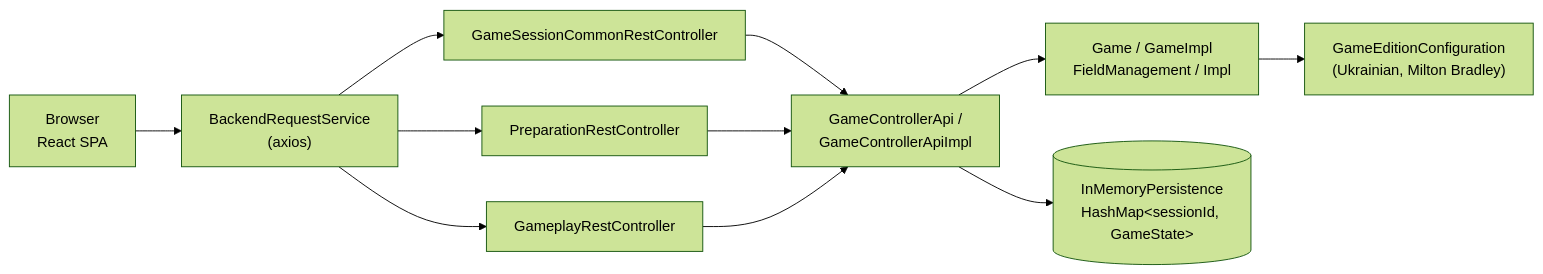
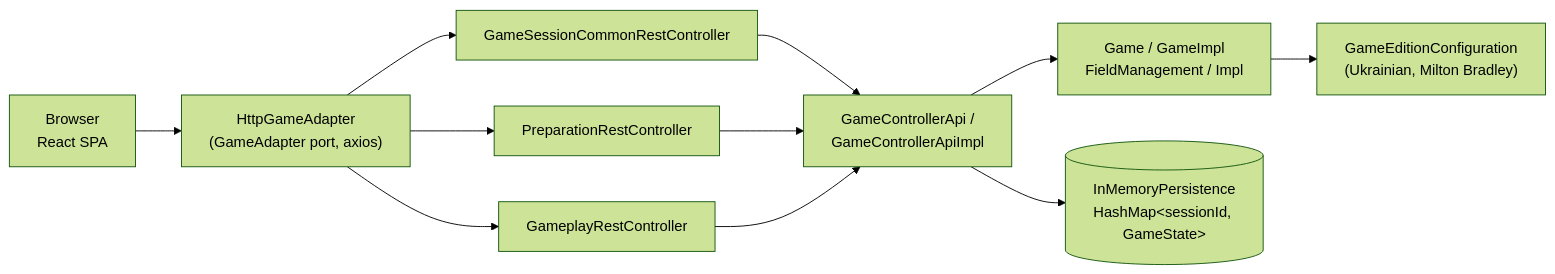
Before and after one commit to sanyokkua/battleship_java: the diagram in docs/index.md, drawn with Mermaid (forest theme). The commit also changed other lines of this file and 3 other files, not shown here.

````diff
--- a/docs/index.md
+++ b/docs/index.md
@@ -47,23 +50,23 @@
 ```mermaid
 flowchart LR
     browser["Browser<br/>React SPA"]
-    brs["BackendRequestService<br/>#40;axios#41;"]
+    brs["HttpGameAdapter<br/>#40;GameAdapter port, axios#41;"]
     sessionCtrl["GameSessionCommonRestController"]
     prepCtrl["PreparationRestController"]
     playCtrl["GameplayRestController"]
     api["GameControllerApi /<br/>GameControllerApiImpl"]
     engine["Game / GameImpl<br/>FieldManagement / Impl"]
     config["GameEditionConfiguration<br/>#40;Ukrainian, Milton Bradley#41;"]
     persistence[("InMemoryPersistence<br/>HashMap#60;sessionId, GameState#62;")]
 
     browser --> brs
     brs --> sessionCtrl
     brs --> prepCtrl
     brs --> playCtrl
     sessionCtrl --> api
     prepCtrl --> api
     playCtrl --> api
     api --> engine
     engine --> config
     api --> persistence
 ```
````
